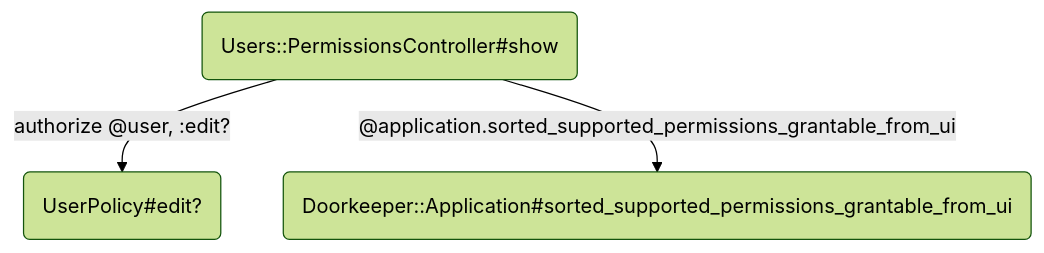
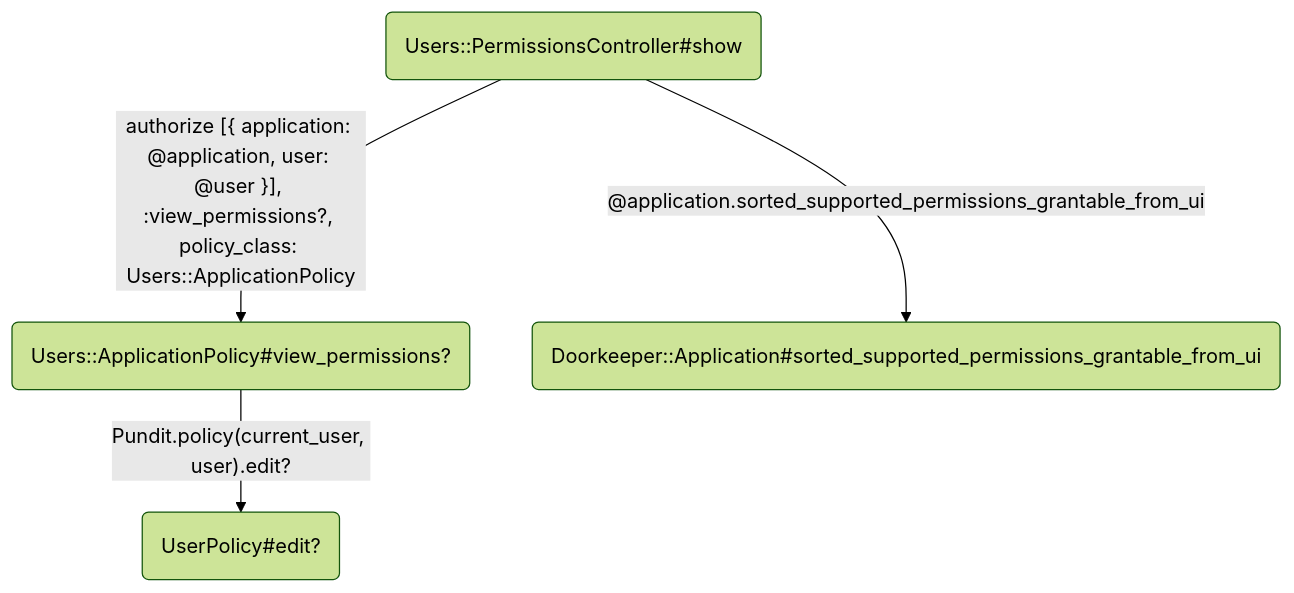
One commit to alphagov/signon changed the eighth of 12 diagrams in docs/access_and_permissions.md. Above: the diagram before and after it, drawn with Mermaid (forest theme). The commit also changed 2 other files, not shown here.

Commit message:
Use `view_permissions?` policy method
... in users permissions show controller action. This defers to the
same policy, but brings things more in sync across account and users
controllers

````diff
--- a/docs/access_and_permissions.md
+++ b/docs/access_and_permissions.md
@@ -211,5 +211,6 @@
 ```mermaid
 flowchart TD
-    A(Users::PermissionsController#show) --authorize @user, :edit?--> B(UserPolicy#edit?)
-    A --@application.sorted_supported_permissions_grantable_from_ui--> C(Doorkeeper::Application#sorted_supported_permissions_grantable_from_ui)
+    A(Users::PermissionsController#show) --authorize [{ application: @application, user: @user }], :view_permissions?, policy_class: Users::ApplicationPolicy--> B(Users::ApplicationPolicy#view_permissions?)
+    B --Pundit.policy(current_user, user).edit?--> C(UserPolicy#edit?)
+    A --@application.sorted_supported_permissions_grantable_from_ui--> D(Doorkeeper::Application#sorted_supported_permissions_grantable_from_ui)
 ```
````
